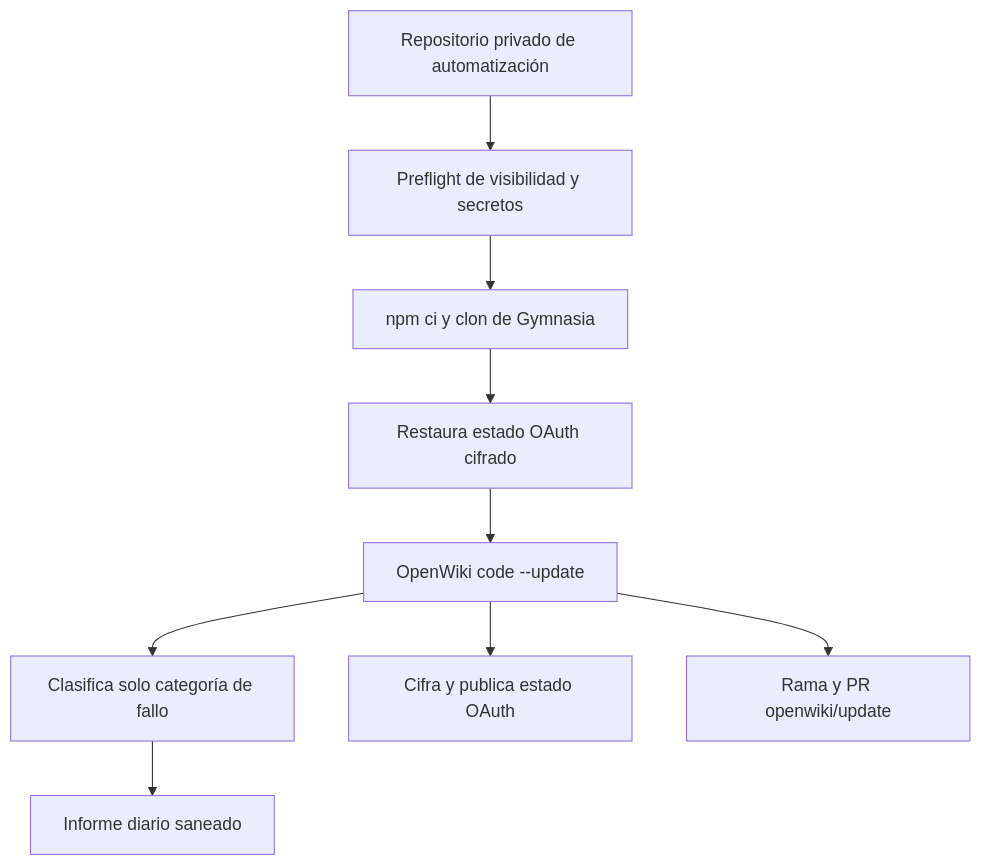
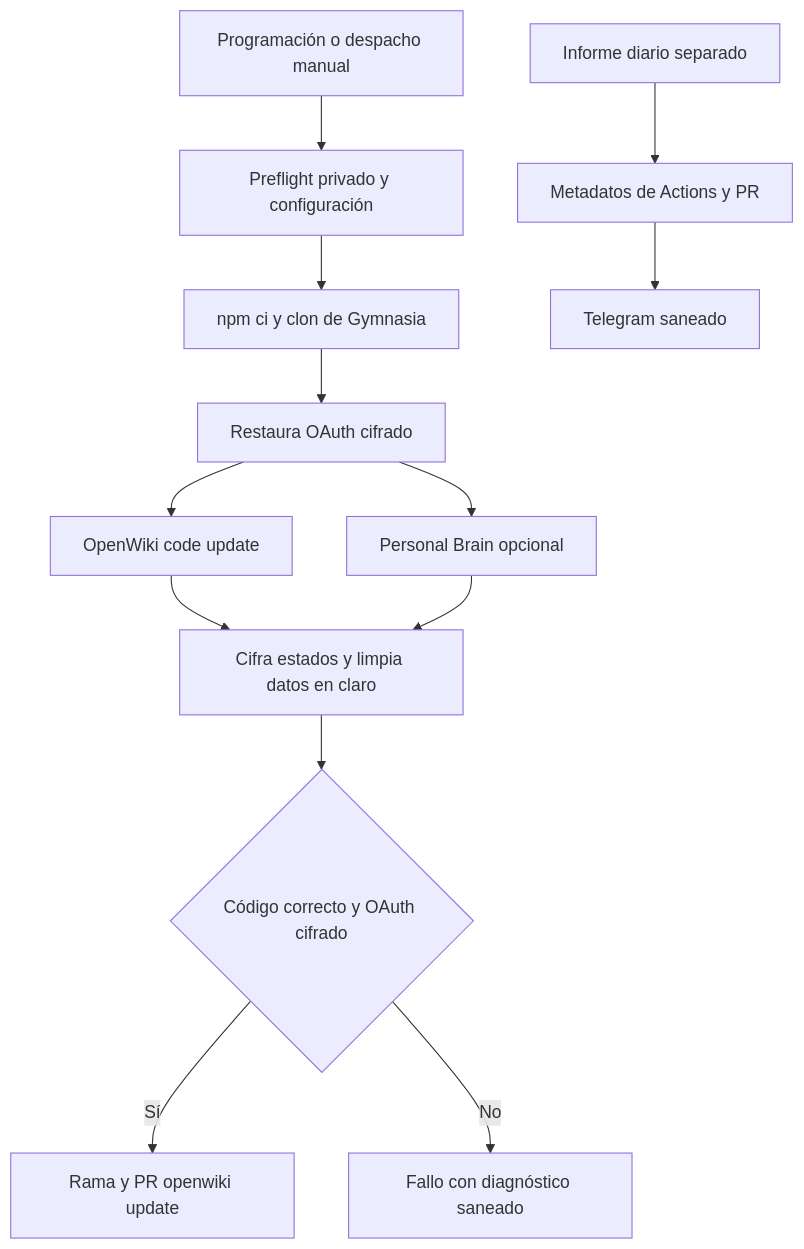
The diagram in openwiki/operations/openwiki-automation.md (maximofn/gymnasia), drawn with Mermaid before and after one commit. The commit also changed other lines of this file and 5 other files, not shown here.

Commit message:
docs: update OpenWiki

````diff
--- a/openwiki/operations/openwiki-automation.md
+++ b/openwiki/operations/openwiki-automation.md
@@ -22,11 +59,15 @@
 ```mermaid
 flowchart TD
-    Private["Repositorio privado de automatización"] --> Preflight["Preflight de visibilidad y secretos"]
-    Preflight --> Install["npm ci y clon de Gymnasia"]
-    Install --> Restore["Restaura estado OAuth cifrado"]
-    Restore --> Update["OpenWiki code --update"]
-    Update --> Classify["Clasifica solo categoría de fallo"]
-    Update --> State["Cifra y publica estado OAuth"]
-    Update --> PR["Rama y PR openwiki/update"]
-    Classify --> Report["Informe diario saneado"]
+    Trigger["Programación o despacho manual"] --> Guard["Preflight privado y configuración"]
+    Guard --> Install["npm ci y clon de Gymnasia"]
+    Install --> OAuthRestore["Restaura OAuth cifrado"]
+    OAuthRestore --> Code["OpenWiki code update"]
+    OAuthRestore --> Personal["Personal Brain opcional"]
+    Code --> Encrypt["Cifra estados y limpia datos en claro"]
+    Personal --> Encrypt
+    Encrypt --> Publish{"Código correcto y OAuth cifrado"}
+    Publish -->|"Sí"| PR["Rama y PR openwiki update"]
+    Publish -->|"No"| Failure["Fallo con diagnóstico saneado"]
+    Report["Informe diario separado"] --> Metadata["Metadatos de Actions y PR"]
+    Metadata --> Telegram["Telegram saneado"]
 ```
````
